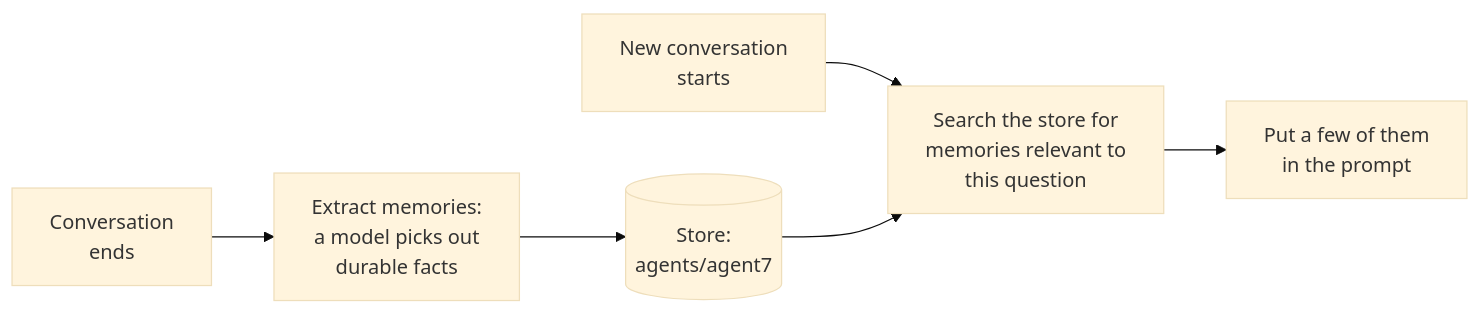
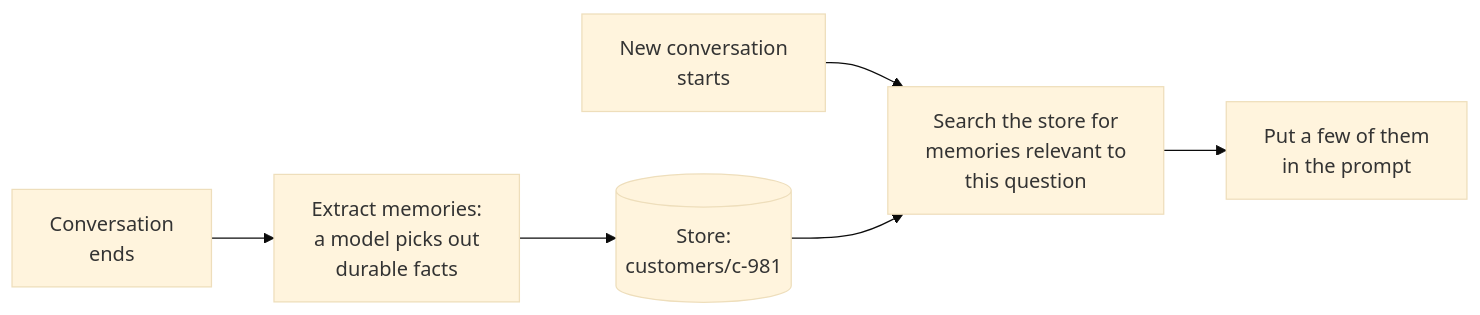
The fifth of 9 diagrams in src/Data/aiStackDocs/CH-06.md (shubamchaudhary/CodeNITW), drawn with Mermaid (base theme) before and after one commit. The commit also changed other lines of this file and 32 other files, not shown here.

````diff
--- a/src/Data/aiStackDocs/CH-06.md
+++ b/src/Data/aiStackDocs/CH-06.md
@@ -144,8 +144,8 @@
 ```mermaid
 flowchart LR
     C["Conversation<br/>ends"] --> X["Extract memories:<br/>a model picks out<br/>durable facts"]
-    X --> ST[("Store:<br/>agents/agent7")]
+    X --> ST[("Store:<br/>customers/c-981")]
     N["New conversation<br/>starts"] --> RD["Search the store for<br/>memories relevant to<br/>this question"]
     ST --> RD
     RD --> P["Put a few of them<br/>in the prompt"]
 ```
````
